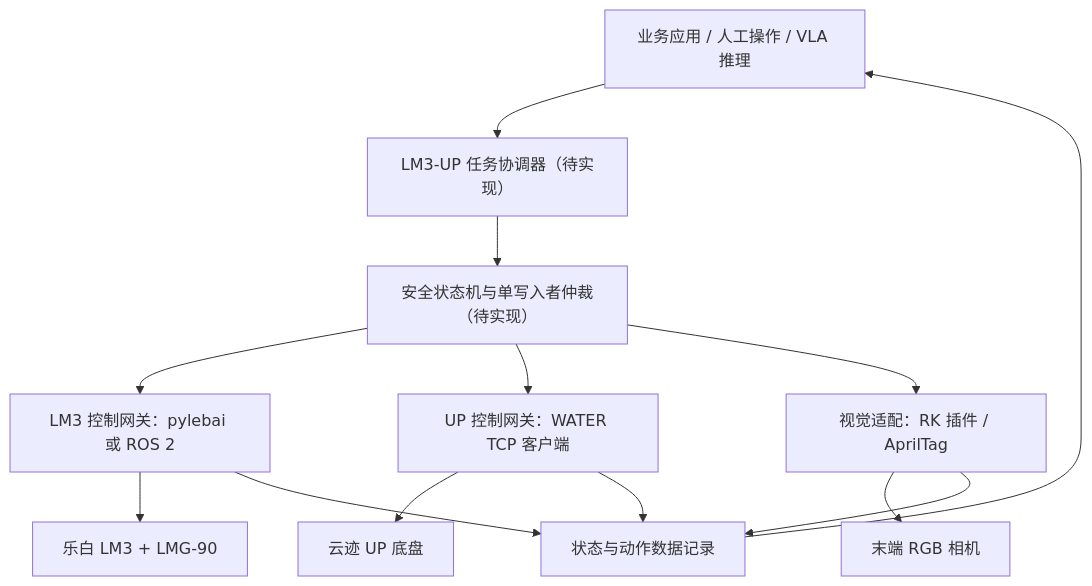
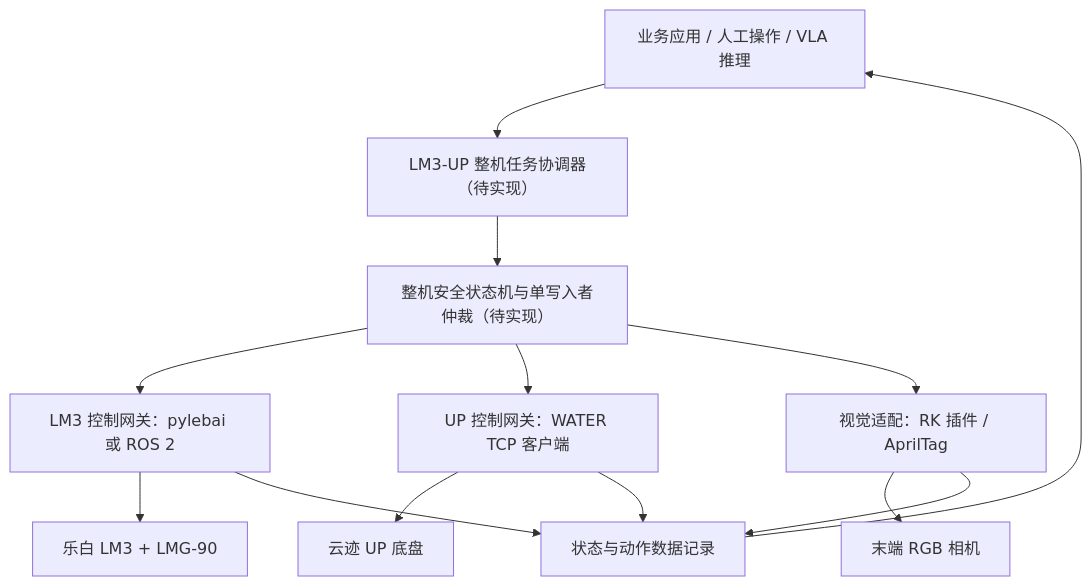
The diagram in docs/LM3-UP开发指南.md (OCSpark-Dev/Lebai_Yunji_rebot), drawn with Mermaid before and after one commit. The commit also changed other lines of this file and 103 other files, not shown here.

````diff
--- a/docs/LM3-UP开发指南.md
+++ b/docs/LM3-UP开发指南.md
@@ -29,15 +29,15 @@
 ```mermaid
 flowchart TD
-    A["业务应用 / 人工操作 / VLA 推理"] --> B["LM3-UP 任务协调器（待实现）"]
-    B --> S["安全状态机与单写入者仲裁（待实现）"]
+    A["业务应用 / 人工操作 / VLA 推理"] --> B["LM3-UP 整机任务协调器（待实现）"]
+    B --> S["整机安全状态机与单写入者仲裁（待实现）"]
     S --> C["LM3 控制网关：pylebai 或 ROS 2"]
     S --> D["UP 控制网关：WATER TCP 客户端"]
     S --> E["视觉适配：RK 插件 / AprilTag"]
     C --> F["乐白 LM3 + LMG-90"]
     D --> G["云迹 UP 底盘"]
     E --> H["末端 RGB 相机"]
     C --> I["状态与动作数据记录"]
     D --> I
     E --> I
     I --> A
 ```
````
